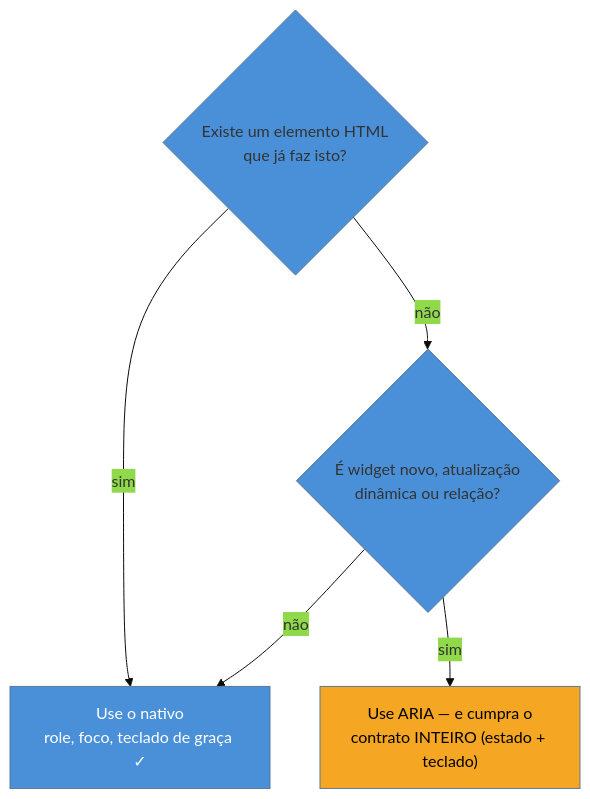
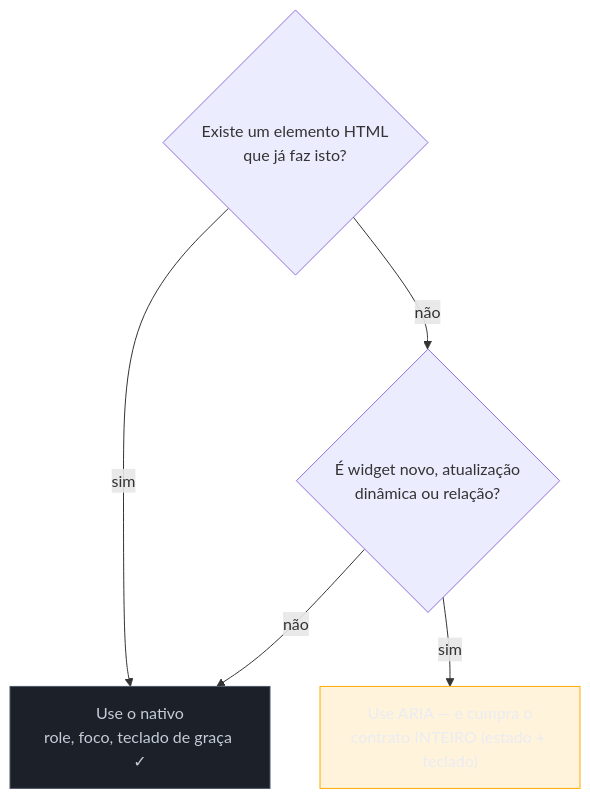
The diagram in 03-Dominios/Tecnologia/Acessibilidade/Fundamentos e Modelo Mental/05 - Semântica primeiro, ARIA por último.md (josenaldo/codex-technomanticus), drawn with Mermaid before and after one commit. The commit also changed 1181 other files, not shown here.

First line of the commit message:
fix(diagramas): paleta do sistema no lugar de cor cravada no markdown

````diff
--- a/03-Dominios/Tecnologia/Acessibilidade/Fundamentos e Modelo Mental/05 - Semântica primeiro, ARIA por último.md
+++ b/03-Dominios/Tecnologia/Acessibilidade/Fundamentos e Modelo Mental/05 - Semântica primeiro, ARIA por último.md
@@ -86,11 +86,12 @@
 ```mermaid
-%%{init: {"theme": "base", "themeVariables": {"primaryColor": "#4A90D9"}}}%%
 graph TD
+    classDef neutro fill:#1B2029,stroke:#4E5666,color:#C6CCD8
+    classDef destaque fill:#FFAA0024,stroke:#FFAA00,color:#E9ECF2
     Q{"Existe um elemento HTML<br/>que já faz isto?"}
     Q -->|sim| N["Use o nativo<br/>role, foco, teclado de graça ✓"]
     Q -->|não| A{"É widget novo, atualização<br/>dinâmica ou relação?"}
     A -->|sim| U["Use ARIA — e cumpra o<br/>contrato INTEIRO (estado + teclado)"]
     A -->|não| N
-    style N fill:#4A90D9,color:#fff
-    style U fill:#F5A623,color:#000
+    class N neutro
+    class U destaque
 ```
````
